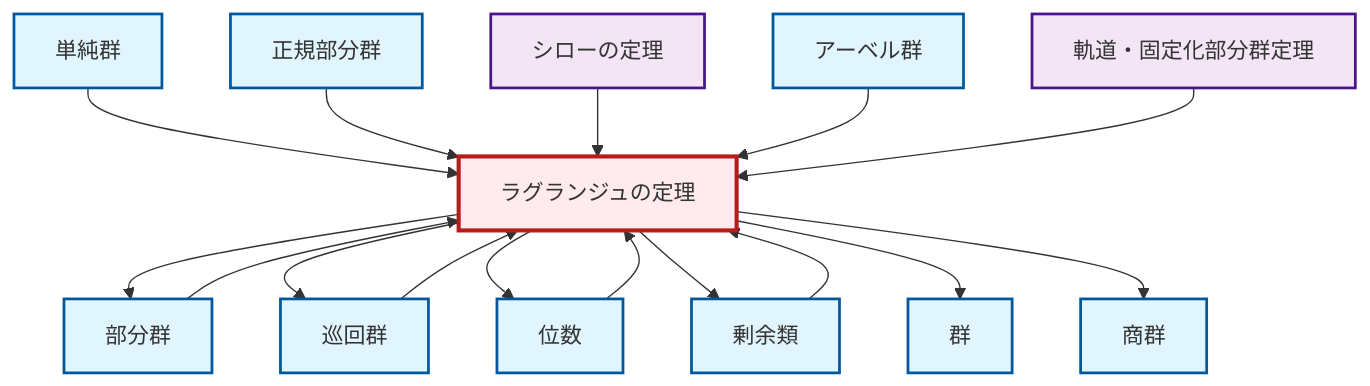
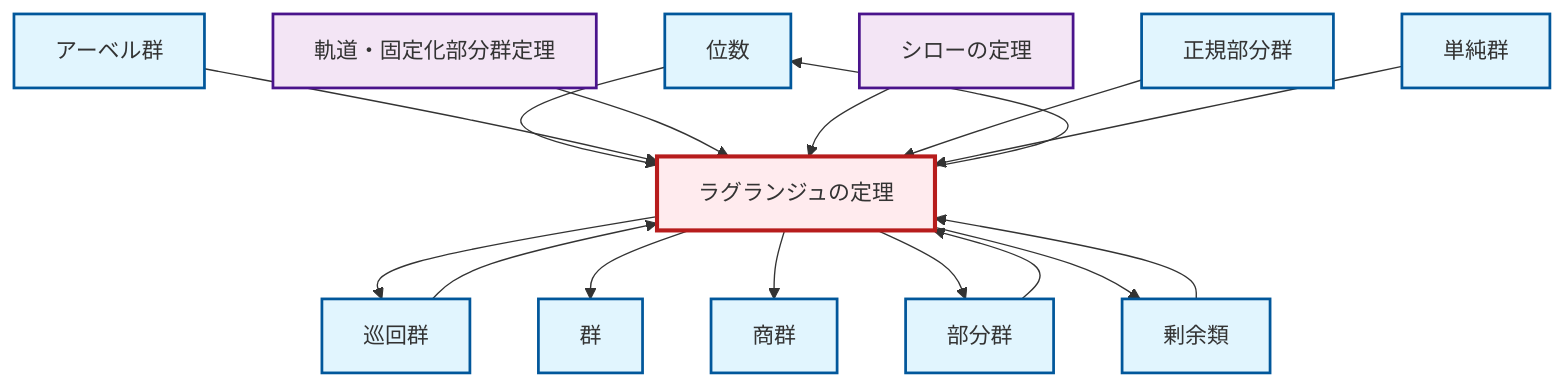
The diagram in output/mermaid/ja/thm-lagrange.mermaid (RK0429/ModernMath), drawn with Mermaid before and after one commit. The commit also changed other lines of this file and 1700 other files, not shown here.

```diff
--- a/output/mermaid/ja/thm-lagrange.mermaid
+++ b/output/mermaid/ja/thm-lagrange.mermaid
@@ -1,34 +1,34 @@
 graph TD
     classDef definition fill:#e1f5fe,stroke:#01579b,stroke-width:2px
     classDef theorem fill:#f3e5f5,stroke:#4a148c,stroke-width:2px
     classDef axiom fill:#fff3e0,stroke:#e65100,stroke-width:2px
     classDef example fill:#e8f5e9,stroke:#1b5e20,stroke-width:2px
     classDef current fill:#ffebee,stroke:#b71c1c,stroke-width:3px
-    thm-lagrange["ラグランジュの定理"]:::theorem
+    def-quotient-group["商群"]:::definition
+    def-order["位数"]:::definition
+    def-cyclic-group["巡回群"]:::definition
+    def-normal-subgroup["正規部分群"]:::definition
     def-coset["剰余類"]:::definition
     thm-sylow["シローの定理"]:::theorem
-    def-normal-subgroup["正規部分群"]:::definition
+    def-abelian-group["アーベル群"]:::definition
+    def-simple-group["単純群"]:::definition
+    thm-orbit-stabilizer["軌道・固定化部分群定理"]:::theorem
+    def-group["群"]:::definition
     def-subgroup["部分群"]:::definition
-    def-group["群"]:::definition
-    thm-orbit-stabilizer["軌道・固定化部分群定理"]:::theorem
-    def-abelian-group["アーベル群"]:::definition
-    def-cyclic-group["巡回群"]:::definition
-    def-order["位数"]:::definition
-    def-simple-group["単純群"]:::definition
-    def-quotient-group["商群"]:::definition
+    thm-lagrange["ラグランジュの定理"]:::theorem
+    def-order --> thm-lagrange
+    def-abelian-group --> thm-lagrange
+    thm-lagrange --> def-order
+    thm-lagrange --> def-cyclic-group
+    thm-orbit-stabilizer --> thm-lagrange
+    thm-sylow --> thm-lagrange
+    thm-lagrange --> def-group
+    thm-lagrange --> def-quotient-group
+    thm-lagrange --> def-subgroup
+    def-normal-subgroup --> thm-lagrange
+    def-coset --> thm-lagrange
+    def-subgroup --> thm-lagrange
     def-simple-group --> thm-lagrange
-    def-order --> thm-lagrange
-    def-coset --> thm-lagrange
+    thm-lagrange --> def-coset
     def-cyclic-group --> thm-lagrange
-    thm-lagrange --> def-subgroup
-    thm-lagrange --> def-cyclic-group
-    thm-lagrange --> def-order
-    thm-lagrange --> def-coset
-    def-normal-subgroup --> thm-lagrange
-    thm-lagrange --> def-group
-    thm-sylow --> thm-lagrange
-    thm-lagrange --> def-quotient-group
-    def-abelian-group --> thm-lagrange
-    def-subgroup --> thm-lagrange
-    thm-orbit-stabilizer --> thm-lagrange
     class thm-lagrange current
```
